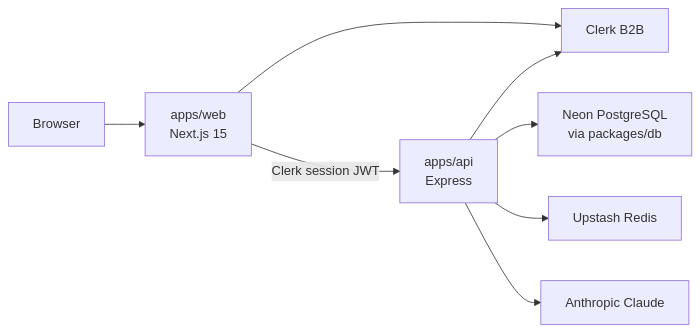
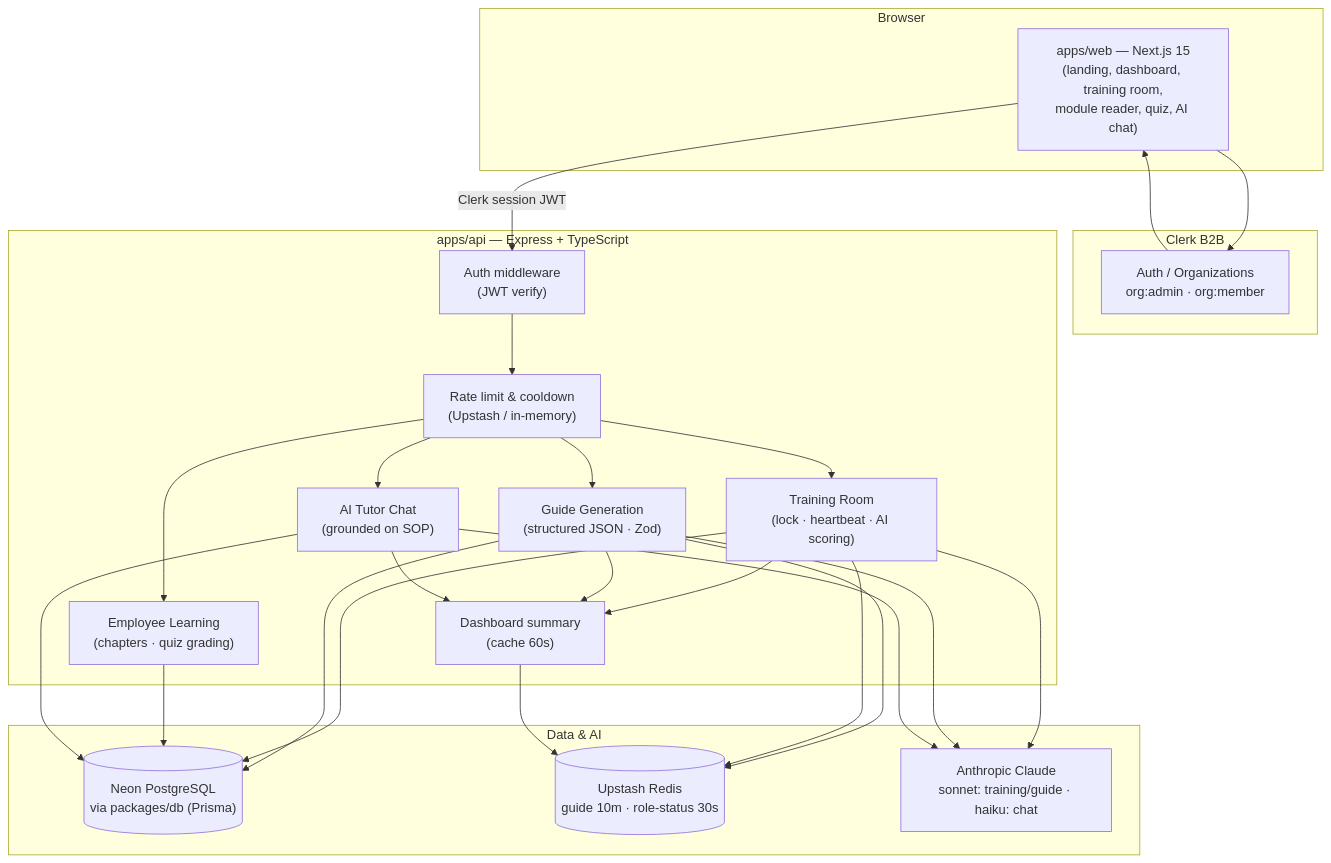
One commit to alarixfr/emplobo changed the diagram in README.md. Above: the diagram before and after it, drawn with Mermaid. The commit also changed other lines of this file, not shown here.

Commit message:
docs(step 11): enrich README architecture diagram with AI-trains-AI flow

````diff
--- a/README.md
+++ b/README.md
@@ -175,10 +175,39 @@
 ```mermaid
-flowchart LR
-  Browser --> Web["apps/web<br/>Next.js 15"]
-  Web -->|Clerk session JWT| API["apps/api<br/>Express"]
-  Web --> Clerk["Clerk B2B"]
-  API --> Clerk
-  API --> DB["Neon PostgreSQL<br/>via packages/db"]
-  API --> Redis["Upstash Redis"]
-  API --> Anthropic["Anthropic Claude"]
+flowchart TB
+  subgraph Browser["Browser"]
+    W["apps/web — Next.js 15<br/>(landing, dashboard, training room,<br/>module reader, quiz, AI chat)"]
+  end
+
+  subgraph Clerk["Clerk B2B"]
+    CL["Auth / Organizations<br/>org:admin · org:member"]
+  end
+
+  subgraph API["apps/api — Express + TypeScript"]
+    A["Auth middleware<br/>(JWT verify)"]
+    RL["Rate limit & cooldown<br/>(Upstash / in-memory)"]
+    TR["Training Room<br/>(lock · heartbeat · AI scoring)"]
+    GG["Guide Generation<br/>(structured JSON · Zod)"]
+    EMP["Employee Learning<br/>(chapters · quiz grading)"]
+    CH["AI Tutor Chat<br/>(grounded on SOP)"]
+    DBX["Dashboard summary<br/>(cache 60s)"]
+  end
+
+  subgraph Data["Data & AI"]
+    DB[("Neon PostgreSQL<br/>via packages/db (Prisma)")]
+    RC[("Upstash Redis<br/>guide 10m · role-status 30s")]
+    AI["Anthropic Claude<br/>sonnet: training/guide · haiku: chat"]
+  end
+
+  W -->|Clerk session JWT| A
+  W --> CL
+  CL --> W
+  A --> RL
+  RL --> TR & GG & EMP & CH
+  TR --> AI
+  GG --> AI
+  CH --> AI
+  TR & GG & CH --> DBX
+  TR & GG & EMP & CH --> DB
+  GG & TR --> RC
+  DBX --> RC
 ```
````
